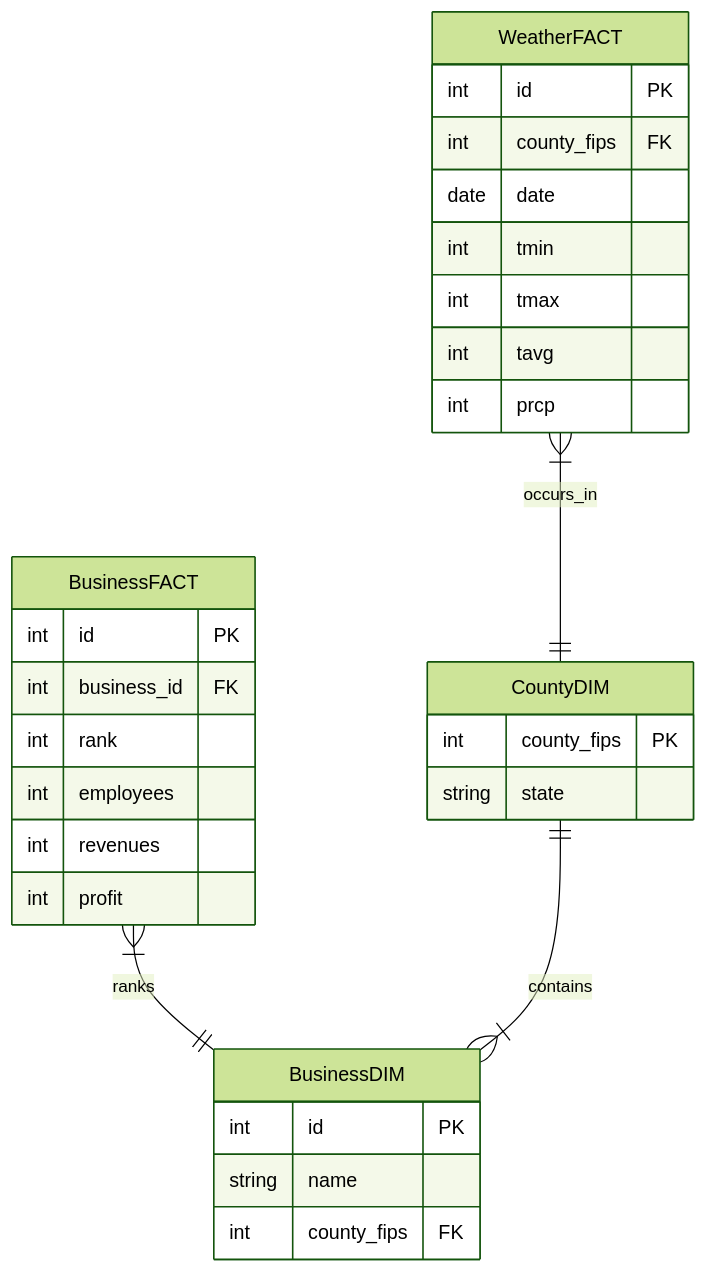
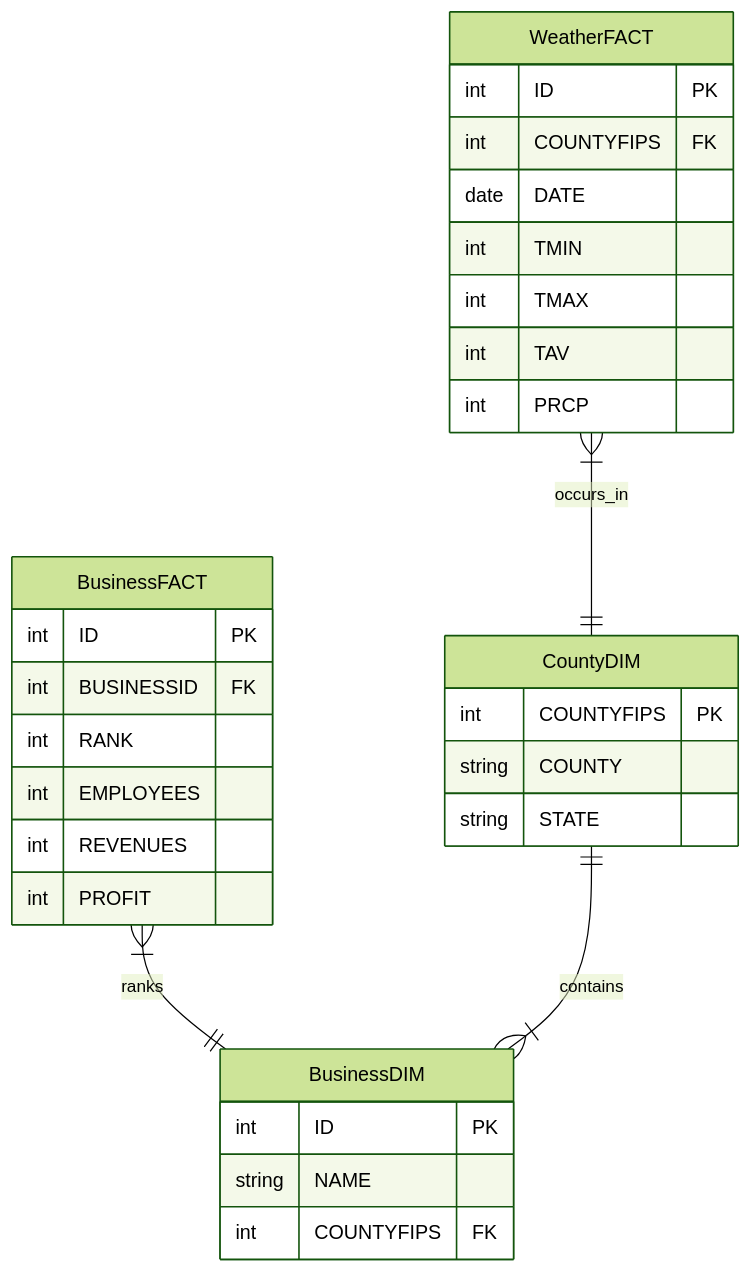
The diagram in etl/data_model.md (NaniiiGock/DataEngineeringApp), drawn with Mermaid (forest theme) before and after one commit.

````diff
--- a/etl/data_model.md
+++ b/etl/data_model.md
@@ -1,32 +1,33 @@
 ```mermaid
 erDiagram
     BusinessFACT }|--|| BusinessDIM : ranks
     BusinessFACT {
-        int id PK
-        int business_id FK
-        int rank
-        int employees
-        int revenues
-        int profit
+        int ID PK
+        int BUSINESSID FK
+        int RANK
+        int EMPLOYEES
+        int REVENUES
+        int PROFIT
     }
     CountyDIM ||--|{ BusinessDIM : contains
     CountyDIM {
-        int county_fips PK
-        string state
+        int COUNTYFIPS PK
+        string COUNTY
+        string STATE
     }
     BusinessDIM{
-        int id PK
-        string name
-        int county_fips FK
+        int ID PK
+        string NAME
+        int COUNTYFIPS FK
     }
     WeatherFACT }|--|| CountyDIM : occurs_in
     WeatherFACT {
-        int id PK
-        int county_fips FK
-        date date
-        int tmin
-        int tmax
-        int tavg
-        int prcp
+        int ID PK
+        int COUNTYFIPS FK
+        date DATE
+        int TMIN
+        int TMAX
+        int TAV
+        int PRCP
     }
 ```
````
